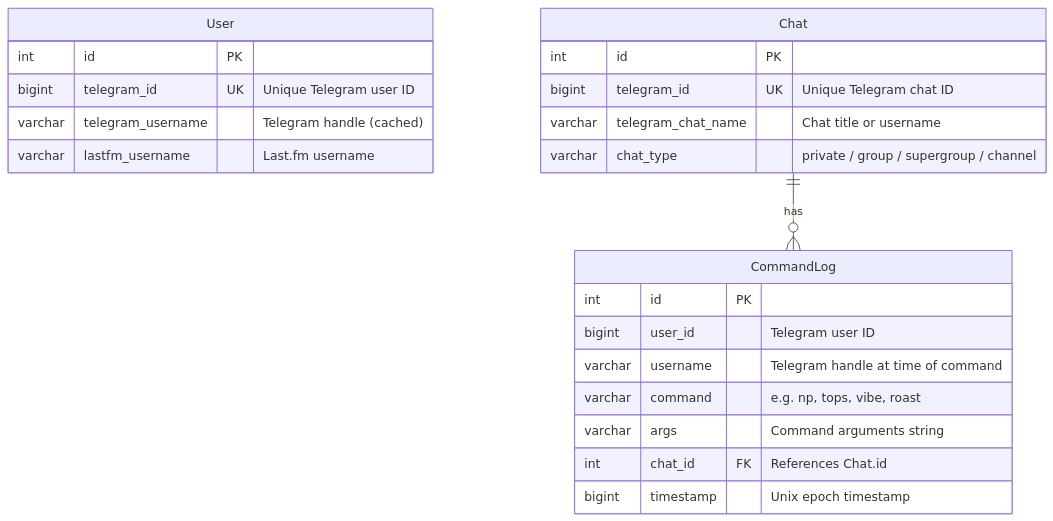
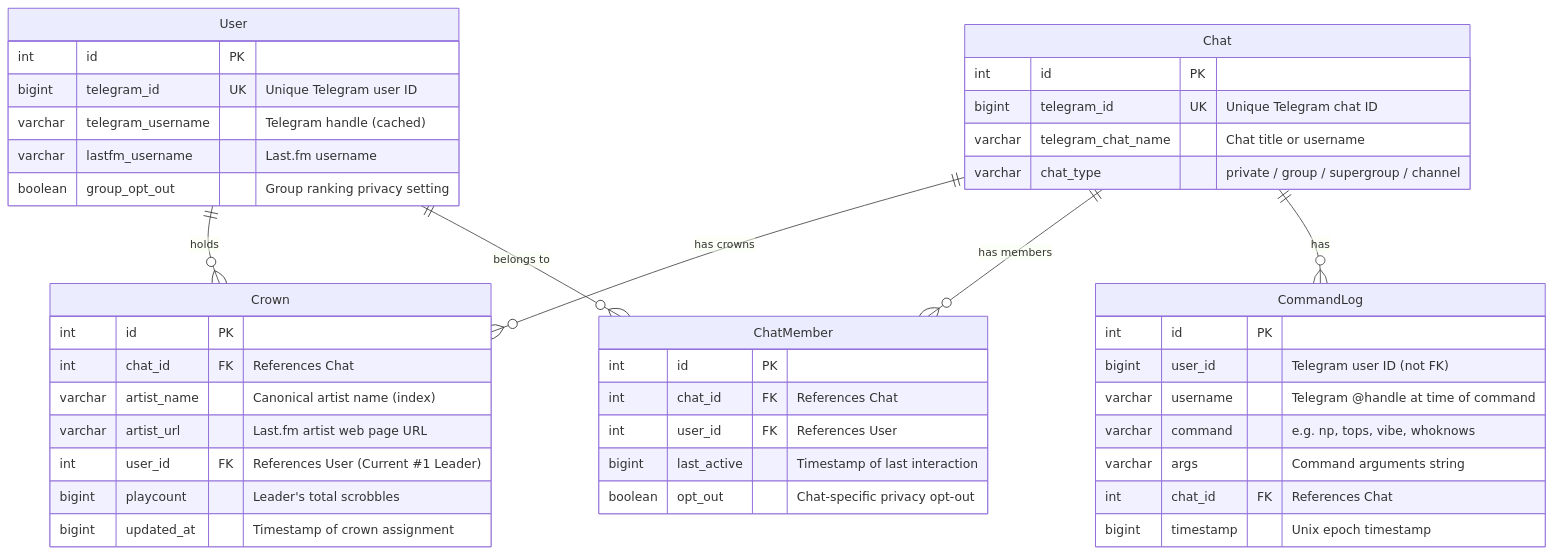
One commit to paurieraf/lastfmbucket-bot changed the second of 6 diagrams in ARCHITECTURE.md. Above: the diagram before and after it, drawn with Mermaid. The commit also changed other lines of this file and 19 other files, not shown here.

````diff
--- a/ARCHITECTURE.md
+++ b/ARCHITECTURE.md
@@ -135,28 +142,51 @@
 ```mermaid
 erDiagram
     User {
         int id PK
         bigint telegram_id UK "Unique Telegram user ID"
         varchar telegram_username "Telegram handle (cached)"
         varchar lastfm_username "Last.fm username"
+        boolean group_opt_out "Group ranking privacy setting"
     }
 
     Chat {
         int id PK
         bigint telegram_id UK "Unique Telegram chat ID"
         varchar telegram_chat_name "Chat title or username"
         varchar chat_type "private / group / supergroup / channel"
     }
 
     CommandLog {
         int id PK
-        bigint user_id "Telegram user ID"
-        varchar username "Telegram handle at time of command"
-        varchar command "e.g. np, tops, vibe, roast"
+        bigint user_id "Telegram user ID (not FK)"
+        varchar username "Telegram @handle at time of command"
+        varchar command "e.g. np, tops, vibe, whoknows"
         varchar args "Command arguments string"
-        int chat_id FK "References Chat.id"
+        int chat_id FK "References Chat"
         bigint timestamp "Unix epoch timestamp"
     }
 
+    ChatMember {
+        int id PK
+        int chat_id FK "References Chat"
+        int user_id FK "References User"
+        bigint last_active "Timestamp of last interaction"
+        boolean opt_out "Chat-specific privacy opt-out"
+    }
+
+    Crown {
+        int id PK
+        int chat_id FK "References Chat"
+        varchar artist_name "Canonical artist name (index)"
+        varchar artist_url "Last.fm artist web page URL"
+        int user_id FK "References User (Current #1 Leader)"
+        bigint playcount "Leader's total scrobbles"
+        bigint updated_at "Timestamp of crown assignment"
+    }
+
     Chat ||--o{ CommandLog : "has"
+    Chat ||--o{ ChatMember : "has members"
+    User ||--o{ ChatMember : "belongs to"
+    Chat ||--o{ Crown : "has crowns"
+    User ||--o{ Crown : "holds"
 ```
````
